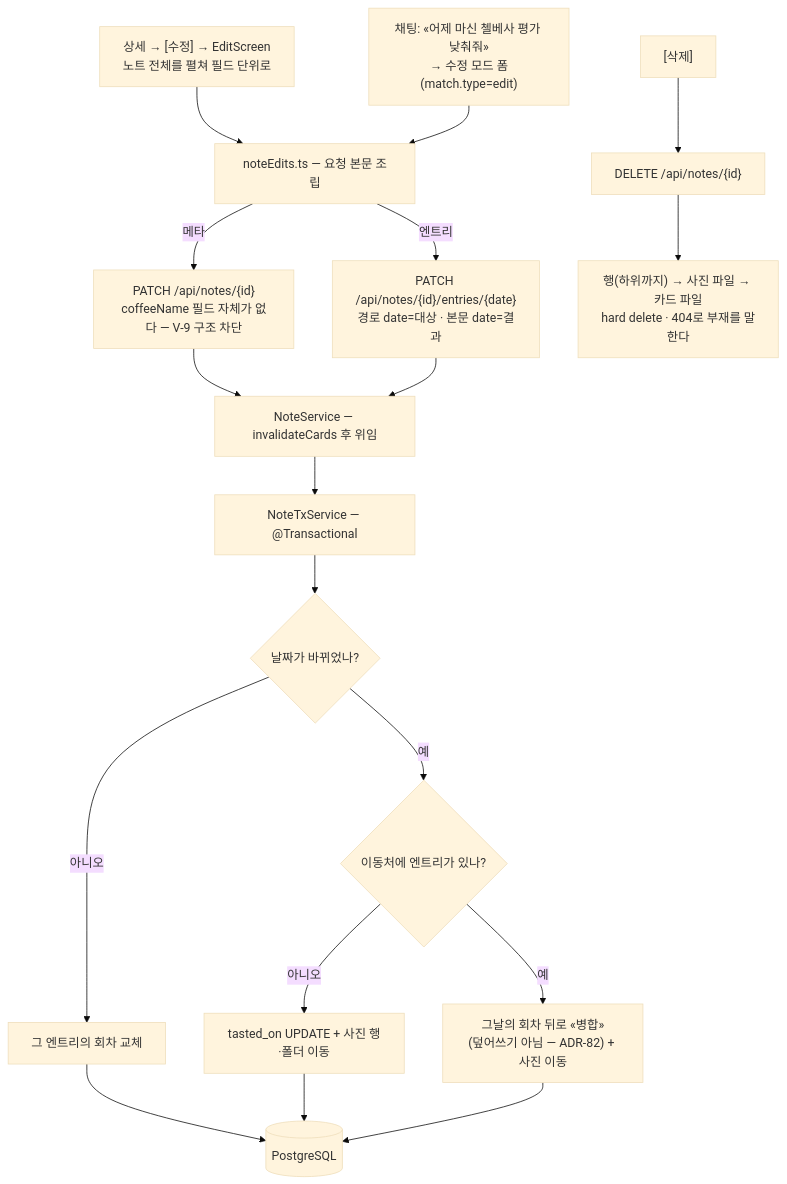
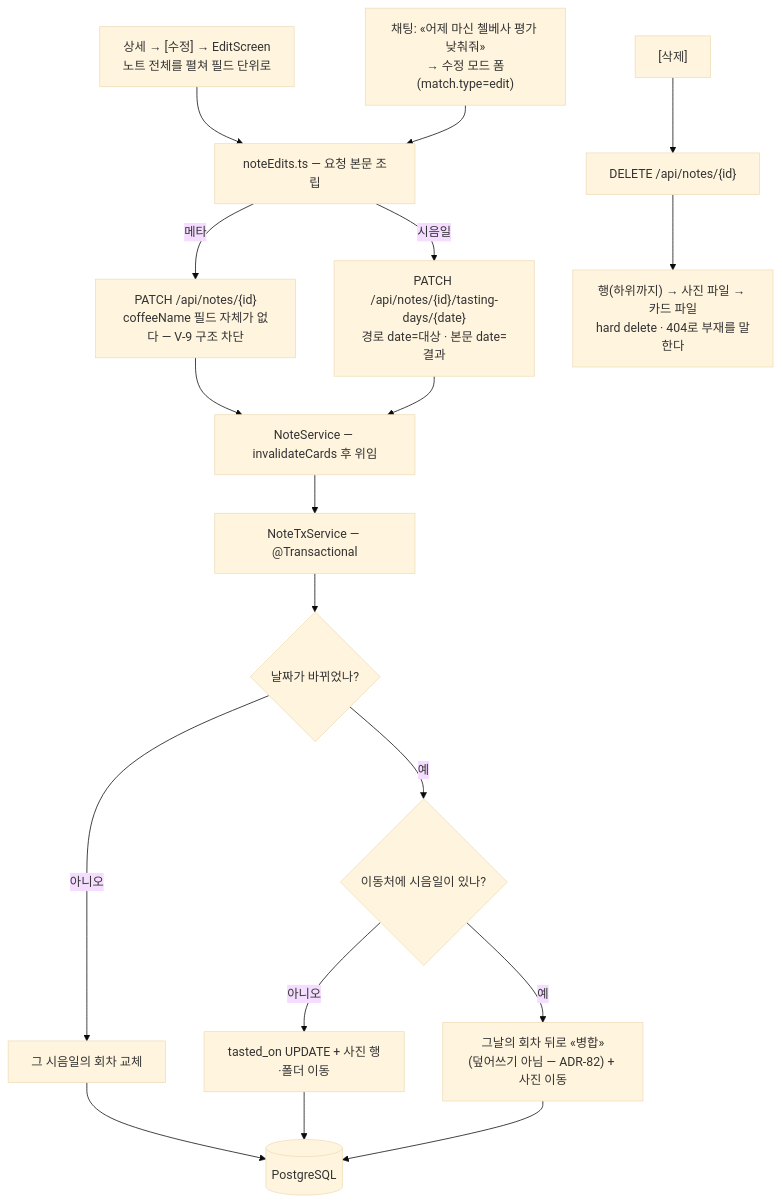
One commit to devwuu/mocha changed the sixth of 9 diagrams in docs/architecture-classes-and-flows.md. Above: the diagram before and after it, drawn with Mermaid (base theme). The commit also changed other lines of this file and 27 other files, not shown here.

````diff
--- a/docs/architecture-classes-and-flows.md
+++ b/docs/architecture-classes-and-flows.md
@@ -510,22 +510,22 @@
 ```mermaid
 flowchart TB
     A1["상세 → [수정] → EditScreen<br/>노트 전체를 펼쳐 필드 단위로"] --> M
     A2["채팅: «어제 마신 첼베사 평가 낮춰줘»<br/>→ 수정 모드 폼(match.type=edit)"] --> M
     M[noteEdits.ts — 요청 본문 조립]
     M -->|메타| P1["PATCH /api/notes/{id}<br/>coffeeName 필드 자체가 없다 — V-9 구조 차단"]
-    M -->|엔트리| P2["PATCH /api/notes/{id}/entries/{date}<br/>경로 date=대상 · 본문 date=결과"]
+    M -->|시음일| P2["PATCH /api/notes/{id}/tasting-days/{date}<br/>경로 date=대상 · 본문 date=결과"]
     P1 --> S[NoteService — invalidateCards 후 위임]
     P2 --> S
     S --> T[NoteTxService — @Transactional]
     T --> U{날짜가 바뀌었나?}
-    U -->|아니오| V[그 엔트리의 회차 교체]
-    U -->|예| W{이동처에 엔트리가 있나?}
+    U -->|아니오| V[그 시음일의 회차 교체]
+    U -->|예| W{이동처에 시음일이 있나?}
     W -->|아니오| X[tasted_on UPDATE + 사진 행·폴더 이동]
     W -->|예| Y["그날의 회차 뒤로 «병합»<br/>(덮어쓰기 아님 — ADR-82) + 사진 이동"]
     V --> Z[(PostgreSQL)]
     X --> Z
     Y --> Z
 
     D1["[삭제]"] --> D2["DELETE /api/notes/{id}"]
     D2 --> D3["행(하위까지) → 사진 파일 → 카드 파일<br/>hard delete · 404로 부재를 말한다"]
 ```
````
